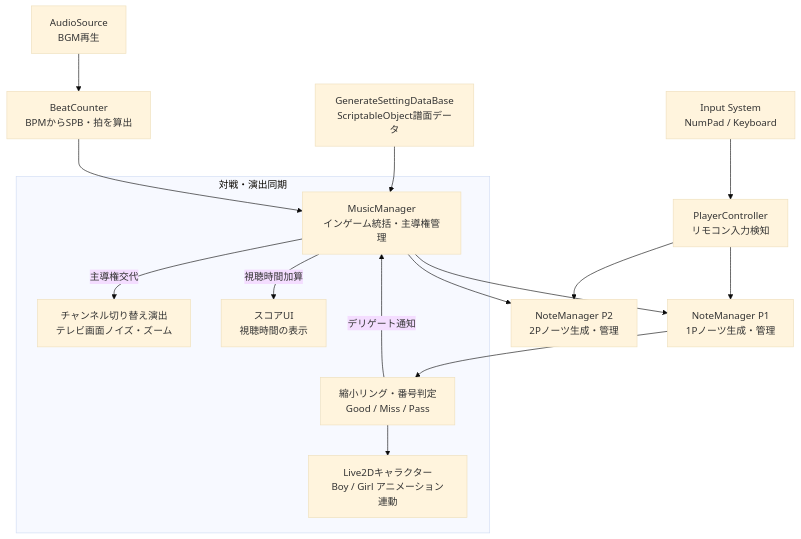
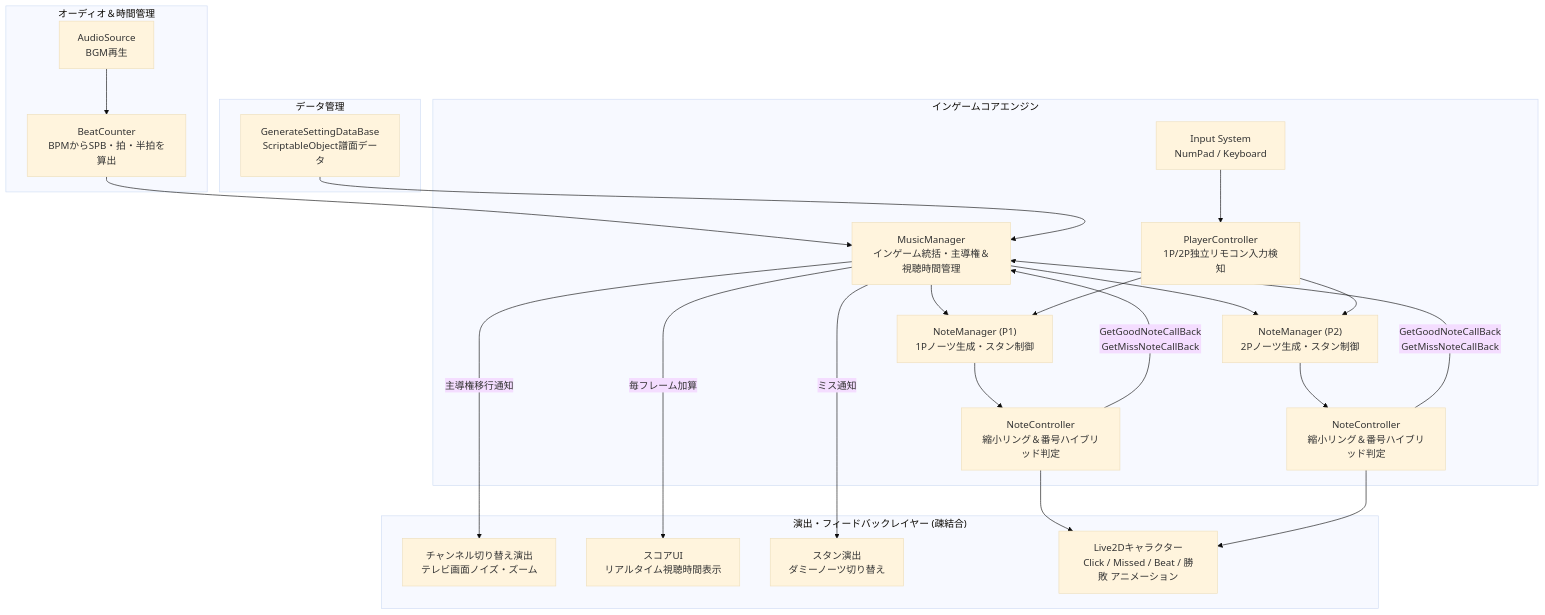
Before and after one commit to junya005/junya005.github.io: the first of 8 diagrams in src/content/posts/game-batotte-channel.md, drawn with Mermaid (base theme). The commit also changed other lines of this file and 6 other files, not shown here.

````diff
--- a/src/content/posts/game-batotte-channel.md
+++ b/src/content/posts/game-batotte-channel.md
@@ -35,22 +65,36 @@
 ```mermaid
 graph TD
-    Audio["AudioSource<br/>BGM再生"] --> Beat["BeatCounter<br/>BPMからSPB・拍を算出"]
-    DB["GenerateSettingDataBase<br/>ScriptableObject譜面データ"] --> MusicMgr["MusicManager<br/>インゲーム統括・主導権管理"]
-    Beat --> MusicMgr
-    
-    MusicMgr --> NoteMgr1["NoteManager P1<br/>1Pノーツ生成・管理"]
-    MusicMgr --> NoteMgr2["NoteManager P2<br/>2Pノーツ生成・管理"]
-    
-    Input["Input System<br/>NumPad / Keyboard"] --> PlayerCtrl["PlayerController<br/>リモコン入力検知"]
-    PlayerCtrl --> NoteMgr1
-    PlayerCtrl --> NoteMgr2
+    subgraph AudioEngine["オーディオ＆時間管理"]
+        Audio["AudioSource<br/>BGM再生"] --> Beat["BeatCounter<br/>BPMからSPB・拍・半拍を算出"]
+    end
 
-    NoteMgr1 --> Judge["縮小リング・番号判定<br/>Good / Miss / Pass"]
-    Judge -->|"デリゲート通知"| MusicMgr
-    
-    subgraph BattleSync["対戦・演出同期"]
-        MusicMgr -->|"主導権交代"| ScreenEffect["チャンネル切り替え演出<br/>テレビ画面ノイズ・ズーム"]
-        MusicMgr -->|"視聴時間加算"| ScoreUI["スコアUI<br/>視聴時間の表示"]
-        Judge --> Live2DAnim["Live2Dキャラクター<br/>Boy / Girl アニメーション連動"]
+    subgraph DataLayer["データ管理"]
+        DB["GenerateSettingDataBase<br/>ScriptableObject譜面データ"]
+    end
+
+    subgraph CoreGame["インゲームコアエンジン"]
+        Beat --> MusicMgr["MusicManager<br/>インゲーム統括・主導権＆視聴時間管理"]
+        DB --> MusicMgr
+
+        MusicMgr --> NoteMgr1["NoteManager (P1)<br/>1Pノーツ生成・スタン制御"]
+        MusicMgr --> NoteMgr2["NoteManager (P2)<br/>2Pノーツ生成・スタン制御"]
+
+        Input["Input System<br/>NumPad / Keyboard"] --> PlayerCtrl["PlayerController<br/>1P/2P独立リモコン入力検知"]
+        PlayerCtrl --> NoteMgr1
+        PlayerCtrl --> NoteMgr2
+
+        NoteMgr1 --> Judge1["NoteController<br/>縮小リング＆番号ハイブリッド判定"]
+        NoteMgr2 --> Judge2["NoteController<br/>縮小リング＆番号ハイブリッド判定"]
+    end
+
+    Judge1 -->|"GetGoodNoteCallBack<br/>GetMissNoteCallBack"| MusicMgr
+    Judge2 -->|"GetGoodNoteCallBack<br/>GetMissNoteCallBack"| MusicMgr
+
+    subgraph Presentation["演出・フィードバックレイヤー (疎結合)"]
+        MusicMgr -->|"主導権移行通知"| ScreenEffect["チャンネル切り替え演出<br/>テレビ画面ノイズ・ズーム"]
+        MusicMgr -->|"毎フレーム加算"| ScoreUI["スコアUI<br/>リアルタイム視聴時間表示"]
+        MusicMgr -->|"ミス通知"| StanAnim["スタン演出<br/>ダミーノーツ切り替え"]
+        Judge1 --> Live2DAnim["Live2Dキャラクター<br/>Click / Missed / Beat / 勝敗 アニメーション"]
+        Judge2 --> Live2DAnim
     end
 ```
````
